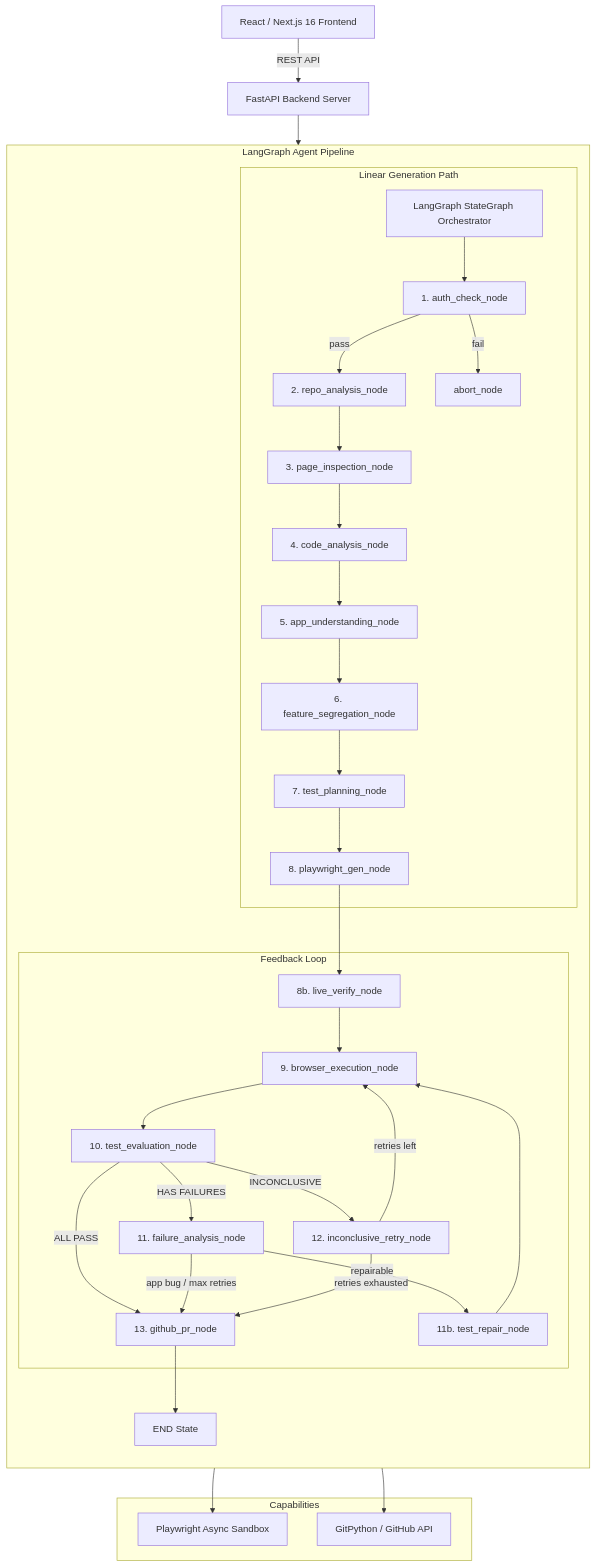
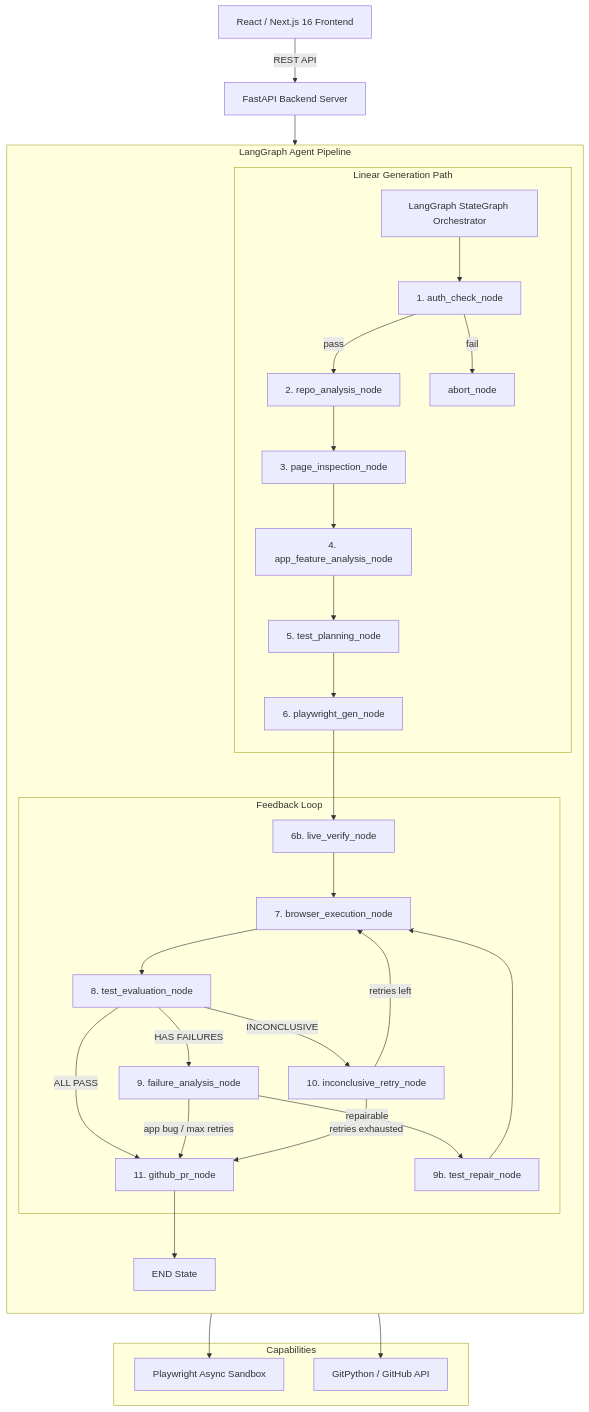
Before and after one commit to suriyaprakash500/Testpilot-AI: the diagram in README.md, drawn with Mermaid. The commit also changed other lines of this file and 66 other files, not shown here.

First line of the commit message:
Add fail-closed live verification, repair integrity, LLM layer, persistence & docs

````diff
--- a/README.md
+++ b/README.md
@@ -9,41 +9,39 @@
 ```mermaid
 flowchart TD
     FE["React / Next.js 16 Frontend"] -->|REST API| API["FastAPI Backend Server"]
     API --> GRAPH["LangGraph StateGraph Orchestrator"]
 
     subgraph Pipeline["LangGraph Agent Pipeline"]
         direction TB
         subgraph Linear["Linear Generation Path"]
             GRAPH --> AUTH["1. auth_check_node"]
             AUTH -->|pass| REPO["2. repo_analysis_node"]
             AUTH -->|fail| ABORT["abort_node"]
             REPO --> INSP["3. page_inspection_node"]
-            INSP --> CODE["4. code_analysis_node"]
-            CODE --> UND["5. app_understanding_node"]
-            UND --> SEG["6. feature_segregation_node"]
-            SEG --> PLAN["7. test_planning_node"]
-            PLAN --> GEN["8. playwright_gen_node"]
+            INSP --> AF["4. app_feature_analysis_node"]
+            AF --> PLAN["5. test_planning_node"]
+            PLAN --> GEN["6. playwright_gen_node"]
         end
 
         subgraph Feedback["Feedback Loop"]
-            GEN --> LV["8b. live_verify_node"]
-            LV --> EXEC["9. browser_execution_node"]
-            EXEC --> EVAL["10. test_evaluation_node"]
-            EVAL -->|ALL PASS| PR["13. github_pr_node"]
-            EVAL -->|HAS FAILURES| FAIL_A["11. failure_analysis_node"]
-            EVAL -->|INCONCLUSIVE| INCONC["12. inconclusive_retry_node"]
-            FAIL_A -->|repairable| REPAIR["11b. test_repair_node"]
+            GEN --> LV["6b. live_verify_node"]
+            LV --> EXEC["7. browser_execution_node"]
+            EXEC --> EVAL["8. test_evaluation_node"]
+            EVAL -->|ALL PASS| PR["11. github_pr_node"]
+            EVAL -->|HAS FAILURES| FAIL_A["9. failure_analysis_node"]
+            EVAL -->|INCONCLUSIVE| INCONC["10. inconclusive_retry_node"]
+            FAIL_A -->|repairable| REPAIR["9b. test_repair_node"]
             FAIL_A -->|app bug / max retries| PR
             REPAIR --> EXEC
             INCONC -->|retries left| EXEC
             INCONC -->|retries exhausted| PR
         end
 
         PR --> DONE["END State"]
     end
 
     subgraph Capabilities["Capabilities"]
         EXEC --> PW["Playwright Async Sandbox"]
         PR --> GIT["GitPython / GitHub API"]
     end
 ```
````
